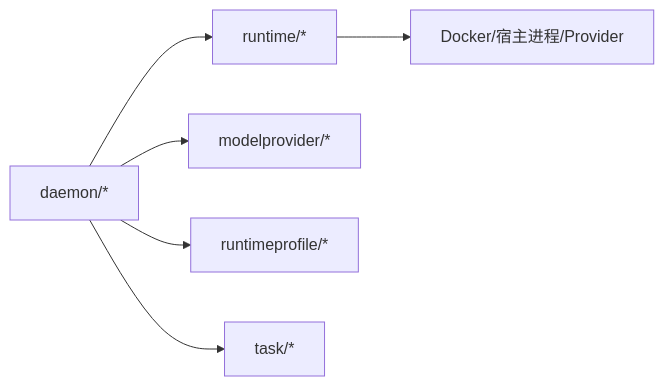
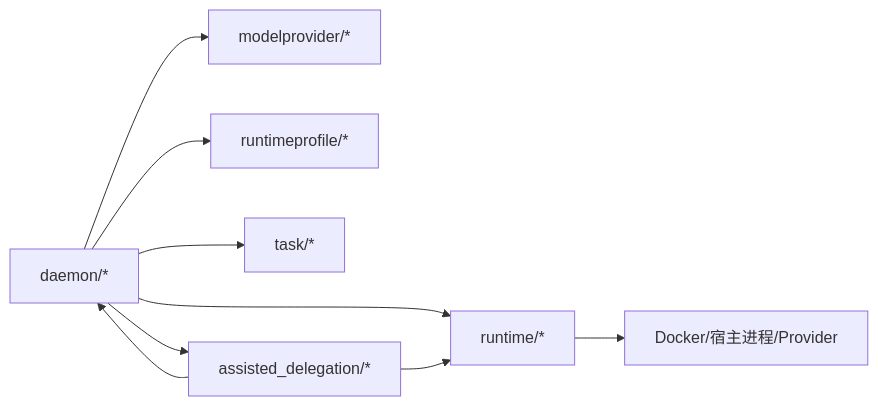
Before and after one commit to n1majne3/CyberPenda: the sixth of 6 diagrams in .qoder/repowiki/zh/content/守护进程服务/Task 生命周期管理/Provider 会话工厂模式.md, drawn with Mermaid. The commit also changed other lines of this file and 6 other files, not shown here.

````diff
--- a/.qoder/repowiki/zh/content/守护进程服务/Task 生命周期管理/Provider 会话工厂模式.md
+++ b/.qoder/repowiki/zh/content/守护进程服务/Task 生命周期管理/Provider 会话工厂模式.md
@@ -319,8 +374,11 @@
 ```mermaid
 graph LR
 Daemon["daemon/*"] --> Runtime["runtime/*"]
 Daemon --> ModelProvider["modelprovider/*"]
 Daemon --> RuntimeProfile["runtimeprofile/*"]
 Daemon --> Task["task/*"]
+Daemon --> Delegation["assisted_delegation/*"]
 Runtime --> External["Docker/宿主进程/Provider"]
+Delegation --> Runtime
+Delegation --> Daemon
 ```
````
